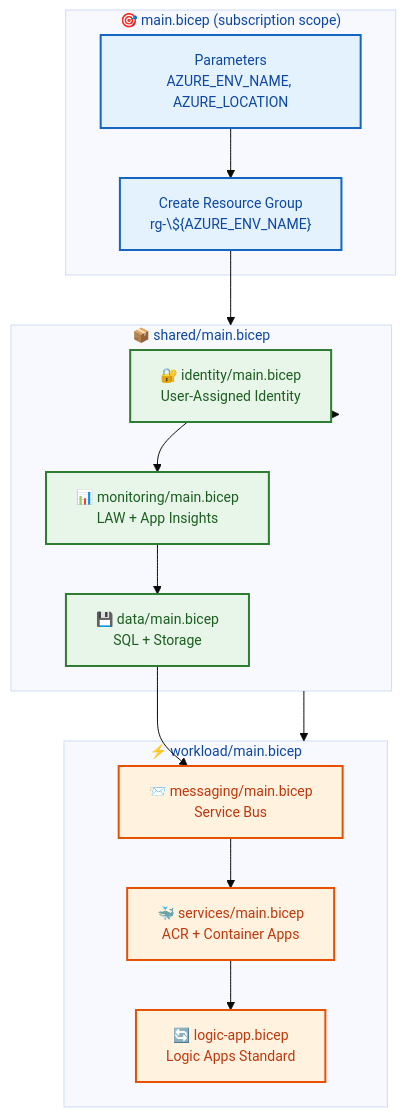
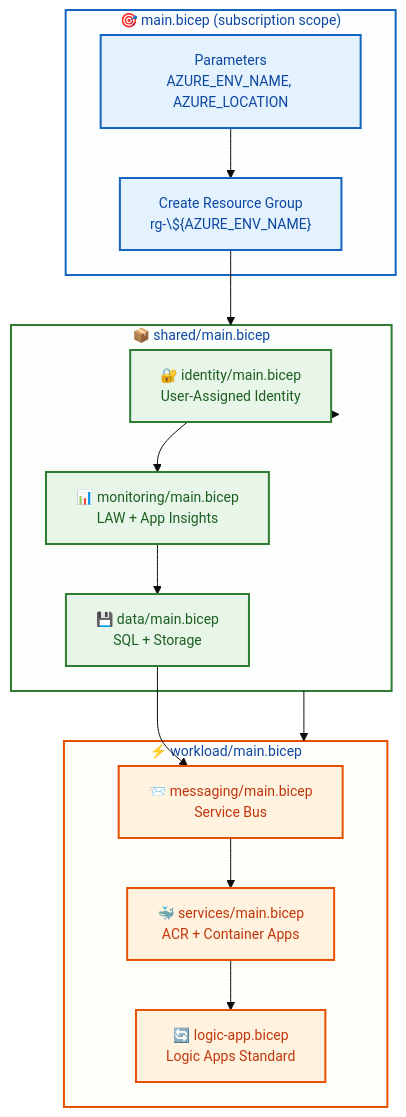
Before and after one commit to Evilazaro/Azure-LogicApps-Monitoring: the second of 4 diagrams in docs/architecture/04-technology-architecture.md, drawn with Mermaid. The commit also changed other lines of this file and 1 other file, not shown here.

Commit message:
Enhance technology architecture diagrams with improved subgraph container styling for better visual layer grouping

````diff
--- a/docs/architecture/04-technology-architecture.md
+++ b/docs/architecture/04-technology-architecture.md
@@ -160,40 +169,45 @@
 ```mermaid
 %%{init: {'theme': 'base', 'themeVariables': { 'fontSize': '14px'}}}%%
 flowchart TB
     subgraph Root["🎯 main.bicep (subscription scope)"]
         Params["Parameters<br/>AZURE_ENV_NAME, AZURE_LOCATION"]
         RG["Create Resource Group<br/>rg-\${AZURE_ENV_NAME}"]
     end
 
     subgraph Shared["📦 shared/main.bicep"]
         Identity["🔐 identity/main.bicep<br/>User-Assigned Identity"]
         Monitoring["📊 monitoring/main.bicep<br/>LAW + App Insights"]
         Data["💾 data/main.bicep<br/>SQL + Storage"]
     end
 
     subgraph Workload["⚡ workload/main.bicep"]
         Messaging["📨 messaging/main.bicep<br/>Service Bus"]
         Services["🐳 services/main.bicep<br/>ACR + Container Apps"]
         LogicApp["🔄 logic-app.bicep<br/>Logic Apps Standard"]
     end
 
     Params --> RG
     RG --> Shared
     Shared --> Identity
     Identity --> Monitoring
     Monitoring --> Data
     
     Shared --> Workload
     Data --> Messaging
     Messaging --> Services
     Services --> LogicApp
 
     %% Accessible color palette with clear deployment phases
     classDef root fill:#e3f2fd,stroke:#1565c0,stroke-width:2px,color:#0d47a1
     classDef shared fill:#e8f5e9,stroke:#2e7d32,stroke-width:2px,color:#1b5e20
     classDef workload fill:#fff3e0,stroke:#e65100,stroke-width:2px,color:#bf360c
 
     class Params,RG root
     class Identity,Monitoring,Data shared
     class Messaging,Services,LogicApp workload
+
+    %% Subgraph container styling for visual layer grouping
+    style Root fill:#e3f2fd22,stroke:#1565c0,stroke-width:2px
+    style Shared fill:#e8f5e922,stroke:#2e7d32,stroke-width:2px
+    style Workload fill:#fff3e022,stroke:#e65100,stroke-width:2px
 ```
````
